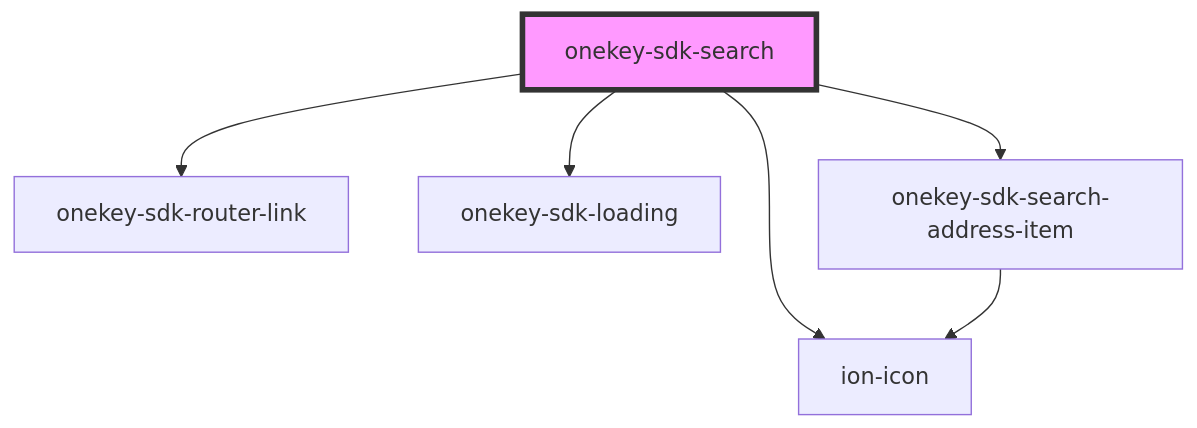
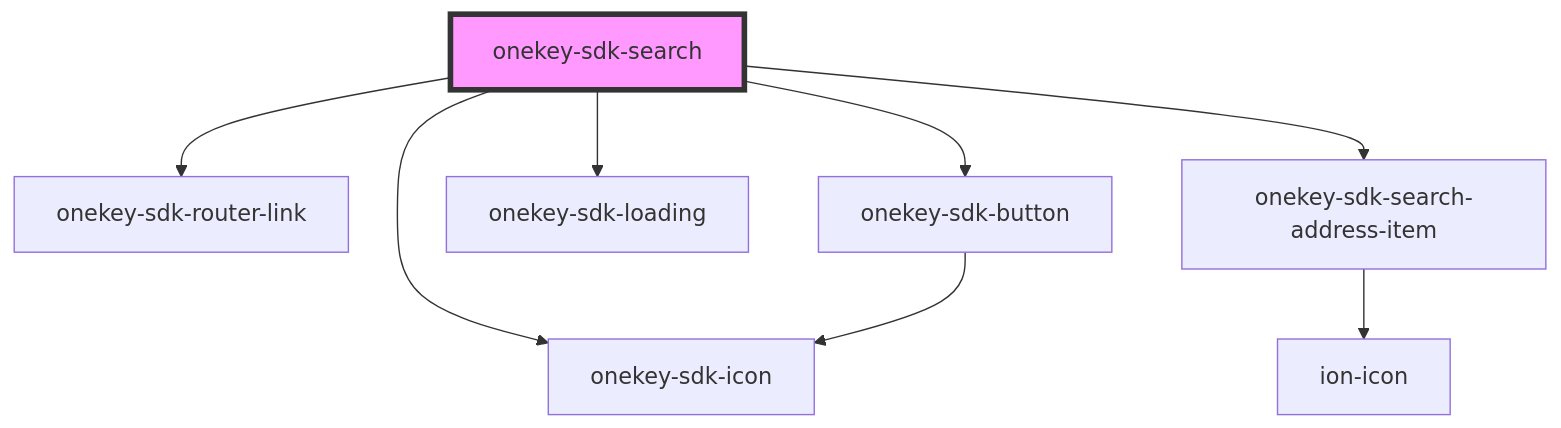
Before and after one commit to hcl-sdk/HealthCareLocatorWebSDK: the diagram in packages/onekey-sdk-core-ui/docs/components/screens/onekey-sdk-search/readme.md, drawn with Mermaid. The commit also changed other lines of this file and 22 other files, not shown here.

````diff
--- a/packages/onekey-sdk-core-ui/docs/components/screens/onekey-sdk-search/readme.md
+++ b/packages/onekey-sdk-core-ui/docs/components/screens/onekey-sdk-search/readme.md
@@ -18,9 +19,11 @@
 ```mermaid
 graph TD;
   onekey-sdk-search --> onekey-sdk-router-link
-  onekey-sdk-search --> ion-icon
+  onekey-sdk-search --> onekey-sdk-icon
+  onekey-sdk-search --> onekey-sdk-button
   onekey-sdk-search --> onekey-sdk-loading
   onekey-sdk-search --> onekey-sdk-search-address-item
+  onekey-sdk-button --> onekey-sdk-icon
   onekey-sdk-search-address-item --> ion-icon
   style onekey-sdk-search fill:#f9f,stroke:#333,stroke-width:4px
 ```
````
